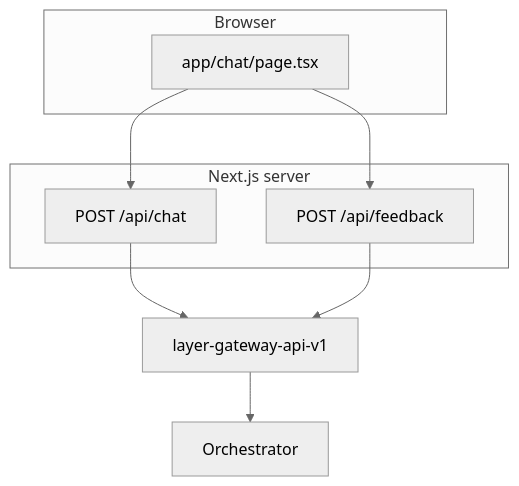
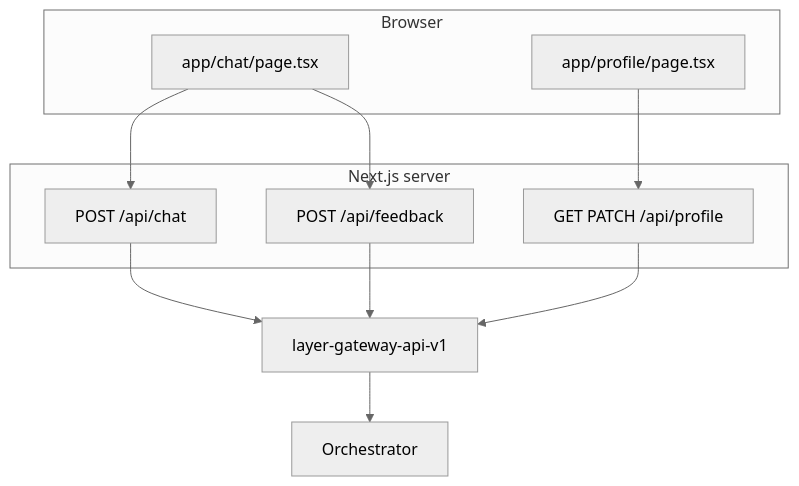
Before and after one commit to taixingbi/layer-web-v1: the diagram in docs/design.md, drawn with Mermaid (neutral theme). The commit also changed other lines of this file and 6 other files, not shown here.

````diff
--- a/docs/design.md
+++ b/docs/design.md
@@ -11,18 +11,22 @@
 ```mermaid
 flowchart TD
   subgraph browser [Browser]
     ChatPage[app/chat/page.tsx]
+    ProfilePage[app/profile/page.tsx]
   end
   subgraph nextjs [Next.js server]
     BFFChat[POST /api/chat]
     BFFFb[POST /api/feedback]
+    BFFProfile[GET PATCH /api/profile]
   end
   GW[layer-gateway-api-v1]
   ORCH[Orchestrator]
 
   ChatPage --> BFFChat
   ChatPage --> BFFFb
+  ProfilePage --> BFFProfile
   BFFChat --> GW
   BFFFb --> GW
+  BFFProfile --> GW
   GW --> ORCH
 ```
````
